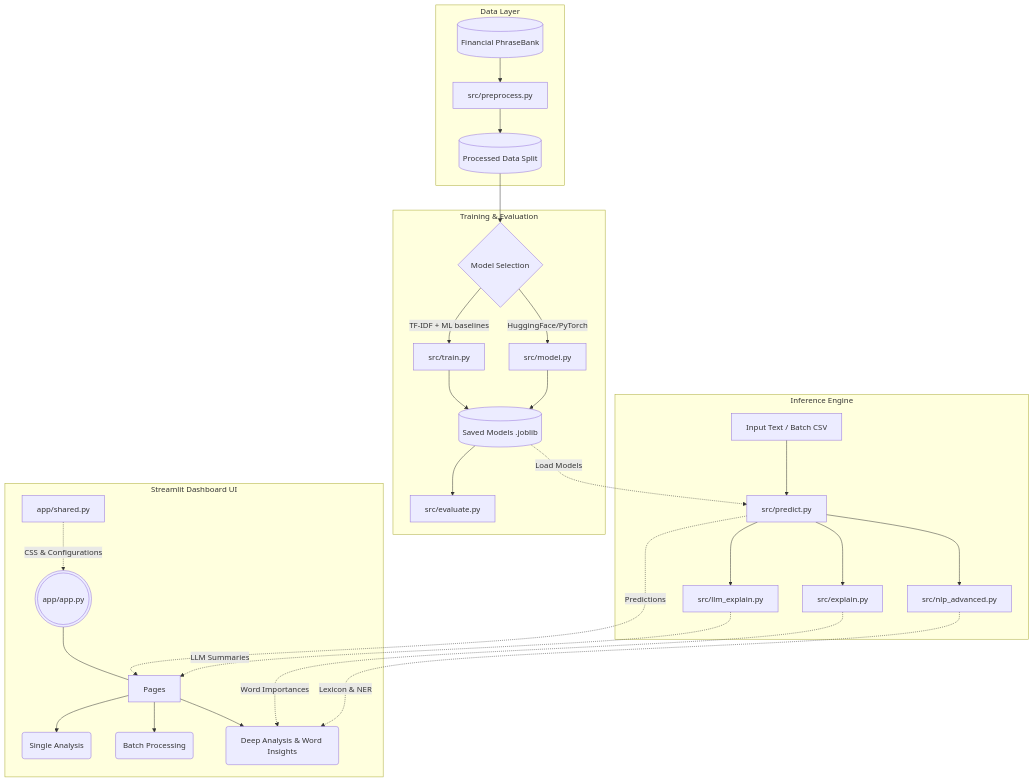
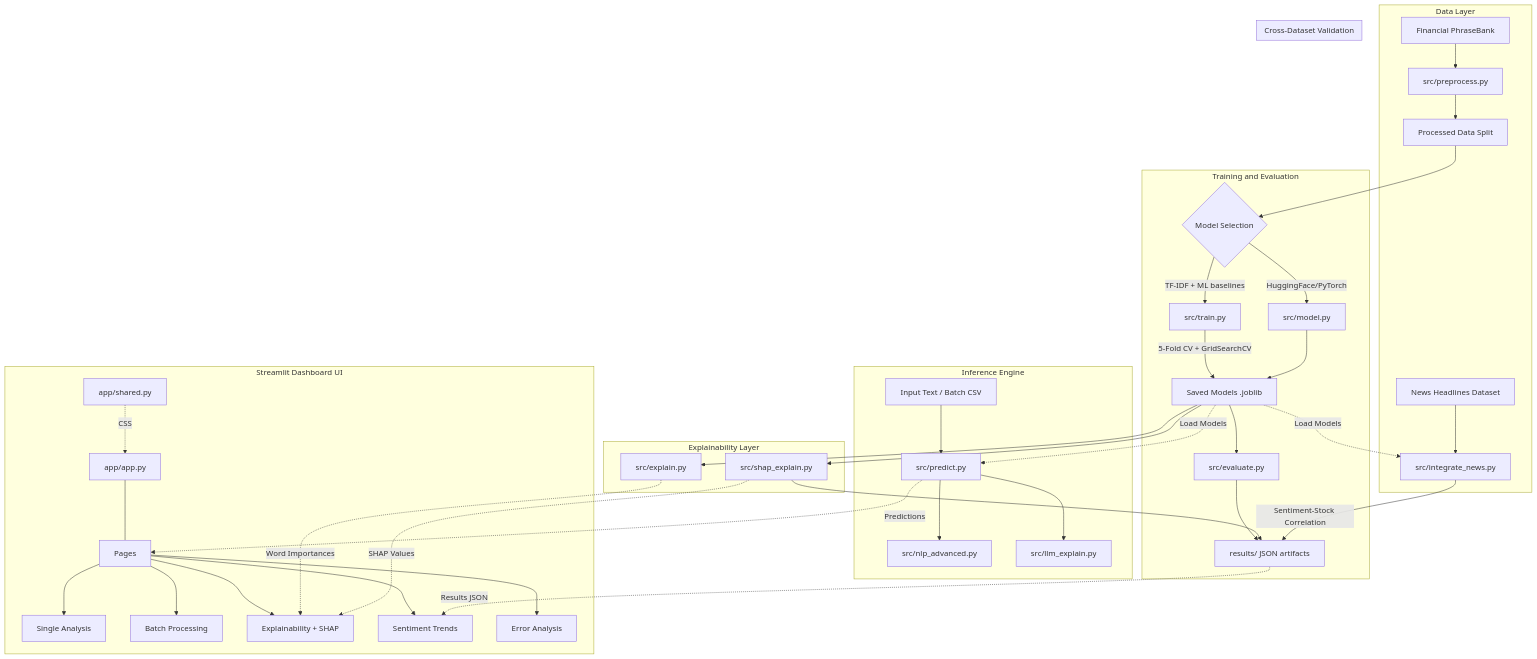
The diagram in README.md (hemangbhat/FinSentAnalyzer), drawn with Mermaid before and after one commit. The commit also changed other lines of this file and 8 other files, not shown here.

Commit message:
Update README and modified app/src files

````diff
--- a/README.md
+++ b/README.md
@@ -100,43 +71,57 @@
 ```mermaid
 flowchart TD
     %% Data Sources
-    subgraph Data [Data Layer]
-        A[(Financial PhraseBank)] --> B[src/preprocess.py]
-        B --> C[(Processed Data Split)]
+    subgraph Data ["Data Layer"]
+        A["Financial PhraseBank"] --> B["src/preprocess.py"]
+        B --> C["Processed Data Split"]
+        N["News Headlines Dataset"] --> X["src/integrate_news.py"]
     end
 
     %% Training Pipeline
-    subgraph Train [Training & Evaluation]
-        C --> D{Model Selection}
-        D -->|TF-IDF + ML baselines| E[src/train.py]
-        D -->|HuggingFace/PyTorch| F[src/model.py]
-        E --> G[(Saved Models .joblib)]
+    subgraph Train ["Training and Evaluation"]
+        C --> D{"Model Selection"}
+        D -->|"TF-IDF + ML baselines"| E["src/train.py"]
+        D -->|"HuggingFace/PyTorch"| F["src/model.py"]
+        E -->|"5-Fold CV + GridSearchCV"| G["Saved Models .joblib"]
         F --> G
-        G --> H[src/evaluate.py]
+        G --> H["src/evaluate.py"]
+        H --> HR["results/ JSON artifacts"]
+    end
+
+    %% Explainability
+    subgraph Explain ["Explainability Layer"]
+        G --> K["src/explain.py"]
+        G --> SH["src/shap_explain.py"]
+        SH --> HR
+    end
+
+    %% Cross-Dataset Validation
+    subgraph Cross ["Cross-Dataset Validation"]
+        G -.->|"Load Models"| X
+        X -->|"Sentiment-Stock Correlation"| HR
     end
 
     %% Inference Engine
-    subgraph Engine [Inference Engine]
-        I[Input Text / Batch CSV] --> J[src/predict.py]
-        G -. Load Models .-> J
-        
-        J --> K[src/explain.py]
-        J --> L[src/nlp_advanced.py]
-        J --> M[src/llm_explain.py]
+    subgraph Engine ["Inference Engine"]
+        I["Input Text / Batch CSV"] --> J["src/predict.py"]
+        G -.->|"Load Models"| J
+        J --> L["src/nlp_advanced.py"]
+        J --> M["src/llm_explain.py"]
     end
 
-    %% Dashboard (Frontend)
-    subgraph App [Streamlit Dashboard UI]
-        O[app/shared.py] -. CSS & Configurations .-> P
-        P(((app/app.py)))
-        P --- Q[Pages]
-        Q --> R(Single Analysis)
-        Q --> S(Batch Processing)
-        Q --> T(Deep Analysis & Word Insights)
-        
-        J -. Predictions .-> Q
-        K -. Word Importances .-> T
-        L -. Lexicon & NER .-> T
-        M -. LLM Summaries .-> Q
+    %% Dashboard
+    subgraph App ["Streamlit Dashboard UI"]
+        O["app/shared.py"] -.->|"CSS"| P["app/app.py"]
+        P --- Q["Pages"]
+        Q --> R["Single Analysis"]
+        Q --> S["Batch Processing"]
+        Q --> T["Explainability + SHAP"]
+        Q --> U["Sentiment Trends"]
+        Q --> V["Error Analysis"]
+
+        J -.->|"Predictions"| Q
+        K -.->|"Word Importances"| T
+        SH -.->|"SHAP Values"| T
+        HR -.->|"Results JSON"| U
     end
 ```
````
